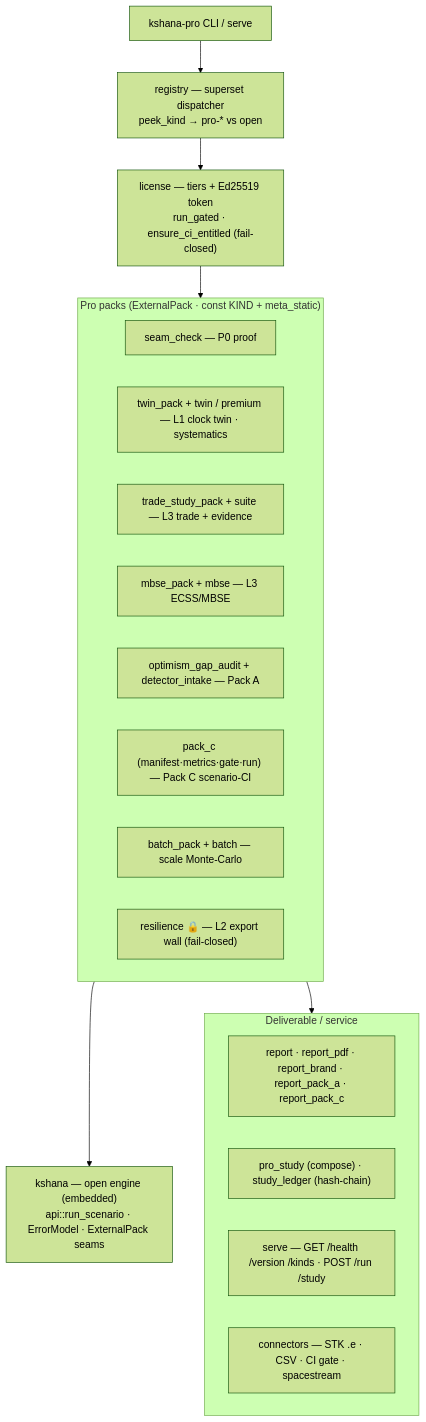
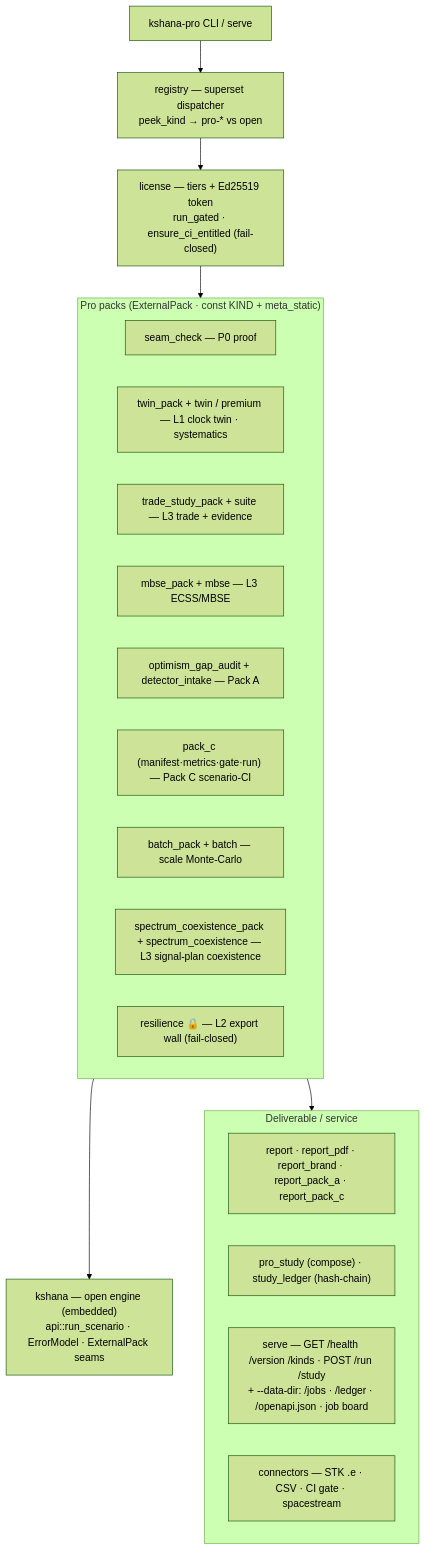
One commit to ashfordeOU/kshana-pro changed the first of 3 diagrams in docs/OVERLAY-ARCHITECTURE.md. Above: the diagram before and after it, drawn with Mermaid (forest theme). The commit also changed other lines of this file and 3 other files, not shown here.

Commit message:
Pro power: nineteen packs, twenty-five integration tests, help listing, status tables and the power summary for campaign watch, spectrum coexistence and the job service

````diff
--- a/docs/OVERLAY-ARCHITECTURE.md
+++ b/docs/OVERLAY-ARCHITECTURE.md
@@ -276,24 +287,25 @@
 ```mermaid
 flowchart TB
   CLI["kshana-pro CLI / serve"] --> REG["registry — superset dispatcher<br/>peek_kind → pro-* vs open"]
   REG --> LIC["license — tiers + Ed25519 token<br/>run_gated · ensure_ci_entitled (fail-closed)"]
   LIC --> PACKS
   subgraph PACKS["Pro packs (ExternalPack · const KIND + meta_static)"]
     P1["seam_check — P0 proof"]
     P2["twin_pack + twin / premium — L1 clock twin · systematics"]
     P3["trade_study_pack + suite — L3 trade + evidence"]
     P4["mbse_pack + mbse — L3 ECSS/MBSE"]
     P5["optimism_gap_audit + detector_intake — Pack A"]
     P6["pack_c (manifest·metrics·gate·run) — Pack C scenario-CI"]
     P7["batch_pack + batch — scale Monte-Carlo"]
+    P8["spectrum_coexistence_pack + spectrum_coexistence — L3 signal-plan coexistence"]
     PG["resilience 🔒 — L2 export wall (fail-closed)"]
   end
   PACKS --> OPEN["kshana — open engine (embedded)<br/>api::run_scenario · ErrorModel · ExternalPack seams"]
   PACKS --> DELIV
   subgraph DELIV["Deliverable / service"]
     R["report · report_pdf · report_brand · report_pack_a · report_pack_c"]
     PS["pro_study (compose) · study_ledger (hash-chain)"]
-    SV["serve — GET /health /version /kinds · POST /run /study"]
+    SV["serve — GET /health /version /kinds · POST /run /study<br/>+ --data-dir: /jobs · /ledger · /openapi.json · job board"]
     CN["connectors — STK .e · CSV · CI gate · spacestream"]
   end
 ```
````
